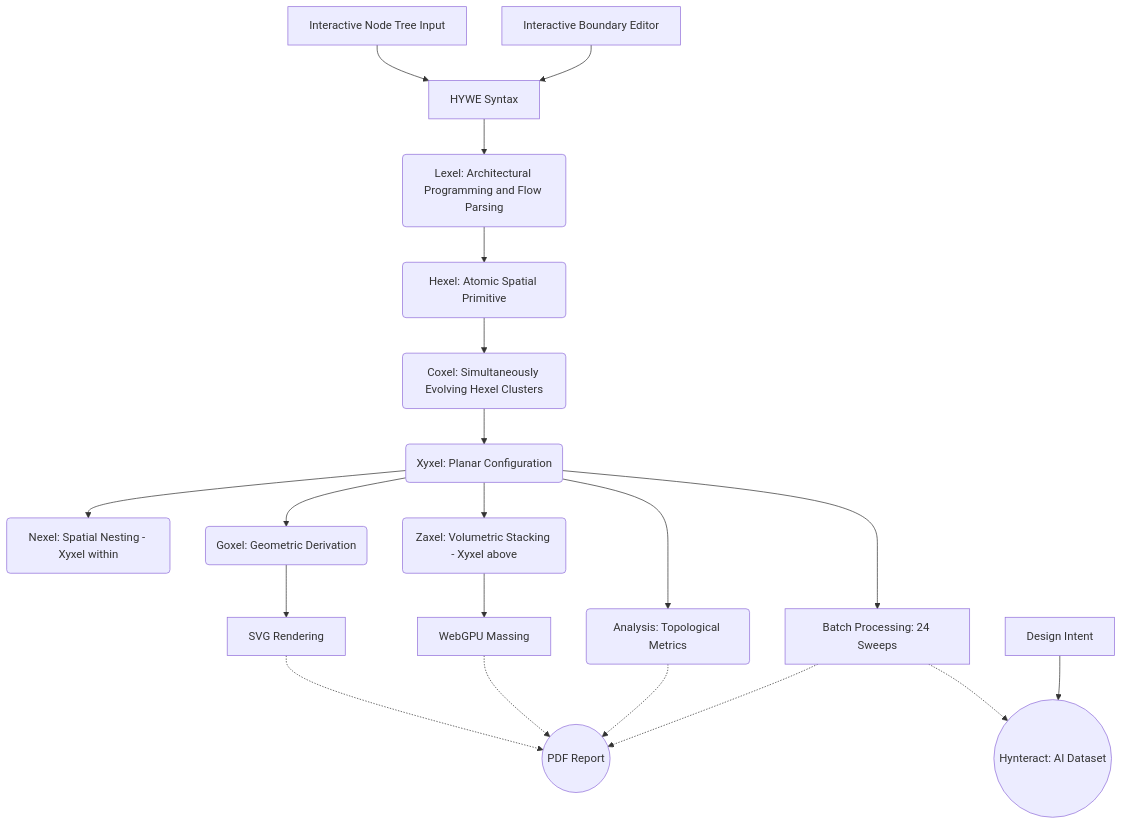
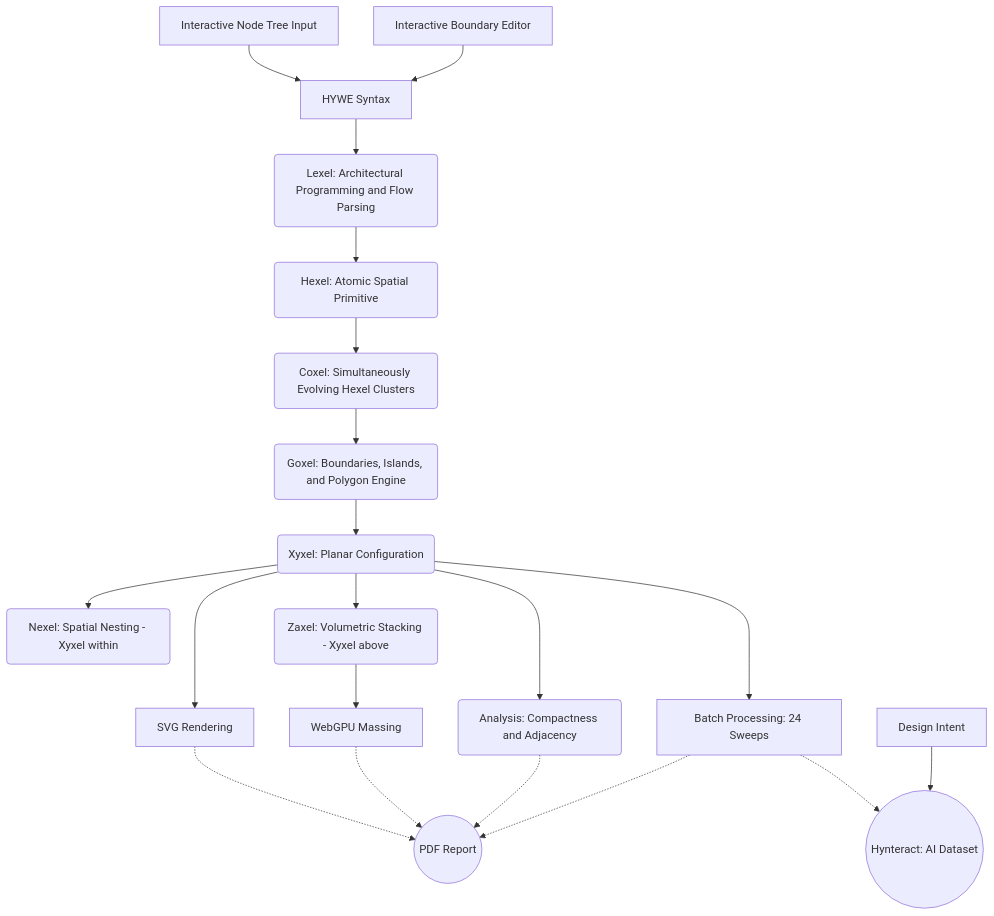
Before and after one commit to vykrum/Hywe: the diagram in README.md, drawn with Mermaid. The commit also changed other lines of this file, not shown here.

Commit message:
Place Goxel before Xyxel (boundaries and islands generation) in table and Mermaid diagram

````diff
--- a/README.md
+++ b/README.md
@@ -98,27 +98,26 @@
 ```mermaid
 graph TD
     A1[Interactive Node Tree Input] --> B[HYWE Syntax]
     A2[Interactive Boundary Editor] --> B[HYWE Syntax]
     B --> C(Lexel: Architectural Programming and Flow Parsing)
     C --> D(Hexel: Atomic Spatial Primitive)
     D --> E(Coxel: Simultaneously Evolving Hexel Clusters)
-    E --> F(Xyxel: Planar Configuration)
+    E --> Gx(Goxel: Boundaries, Islands, and Polygon Engine)
+    Gx --> F(Xyxel: Planar Configuration)
     
     F --> N(Nexel: Spatial Nesting - Xyxel within)
     F --> G(Zaxel: Volumetric Stacking - Xyxel above)
     
-    F --> Gx(Goxel: Geometric Derivation)
-    F --> H(Analysis: Topological Metrics)
-    
-    Gx --> F1[SVG Rendering]
+    F --> F1[SVG Rendering]
     G --> G1[WebGPU Massing]
+    F --> H(Analysis: Compactness and Adjacency)
     F --> I[Batch Processing: 24 Sweeps]
     
     F1 -.-> ReportLabel((PDF Report))
     G1 -.-> ReportLabel
     H -.-> ReportLabel
     I -.-> ReportLabel
     
     I -.-> DatasetLabel((Hynteract: AI Dataset))
     DesignIntent[Design Intent] --> DatasetLabel
 ```
````
